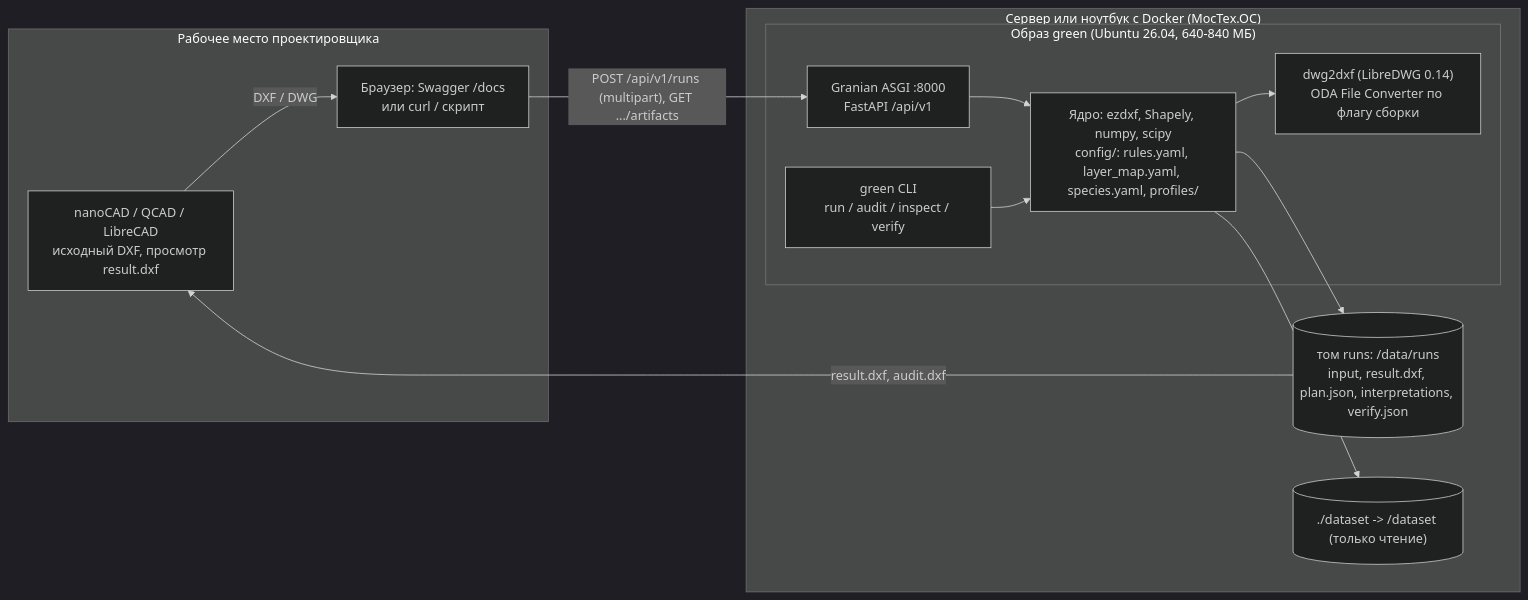
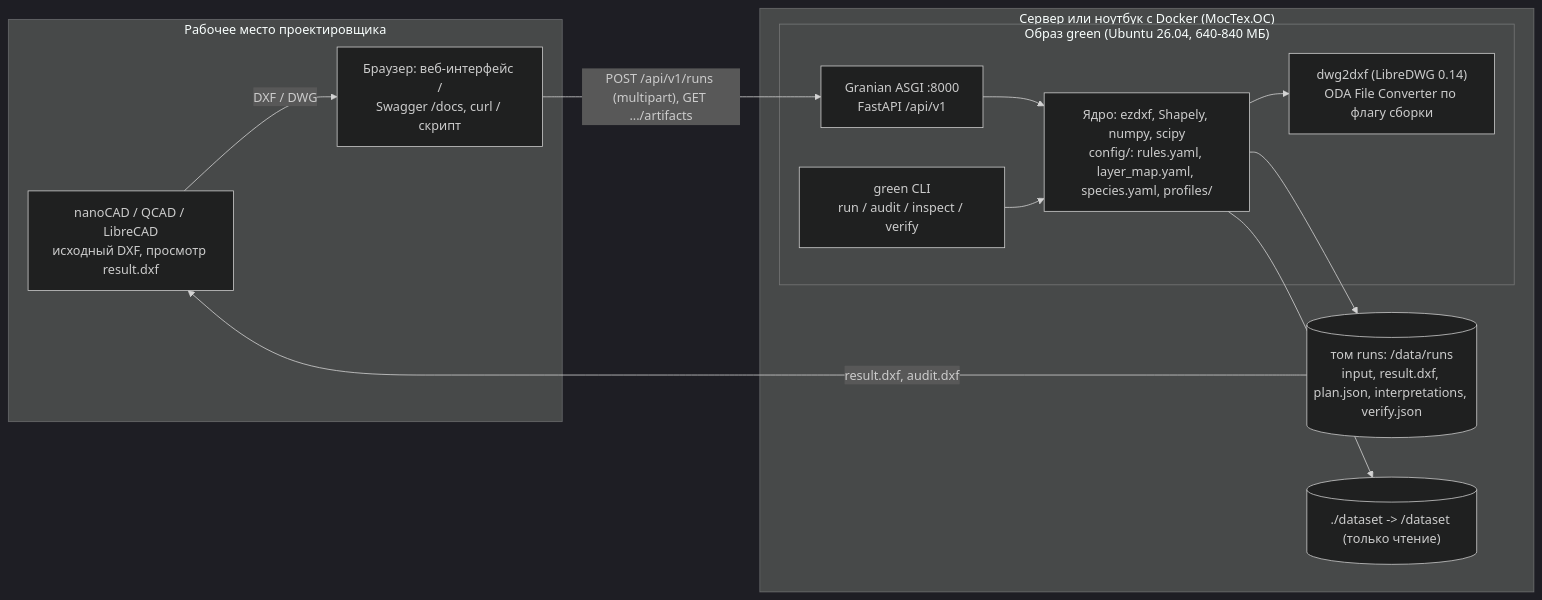
Before and after one commit to Mojarung/LCT_2026: the diagram in docs/deploy.md, drawn with Mermaid (dark theme). The commit also changed other lines of this file and 5 other files, not shown here.

````diff
--- a/docs/deploy.md
+++ b/docs/deploy.md
@@ -7,25 +7,25 @@
 ```mermaid
 flowchart LR
     subgraph user["Рабочее место проектировщика"]
         cad["nanoCAD / QCAD / LibreCAD<br/>исходный DXF, просмотр result.dxf"]
-        browser["Браузер: Swagger /docs<br/>или curl / скрипт"]
+        browser["Браузер: веб-интерфейс /<br/>Swagger /docs, curl / скрипт"]
     end
     subgraph host["Сервер или ноутбук с Docker (МосТех.ОС)"]
         subgraph image["Образ green (Ubuntu 26.04, 640-840 МБ)"]
             api["Granian ASGI :8000<br/>FastAPI /api/v1"]
             cli["green CLI<br/>run / audit / inspect / verify"]
             core["Ядро: ezdxf, Shapely, numpy, scipy<br/>config/: rules.yaml, layer_map.yaml, species.yaml, profiles/"]
             dwg["dwg2dxf (LibreDWG 0.14)<br/>ODA File Converter по флагу сборки"]
             api --> core
             cli --> core
             core --> dwg
         end
         runs[("том runs: /data/runs<br/>input, result.dxf, plan.json, interpretations, verify.json")]
         dataset[("./dataset -> /dataset (только чтение)")]
         core --> runs
         core --> dataset
     end
     browser -- "POST /api/v1/runs (multipart), GET .../artifacts" --> api
     cad -- "DXF / DWG" --> browser
     runs -- "result.dxf, audit.dxf" --> cad
 ```
````
